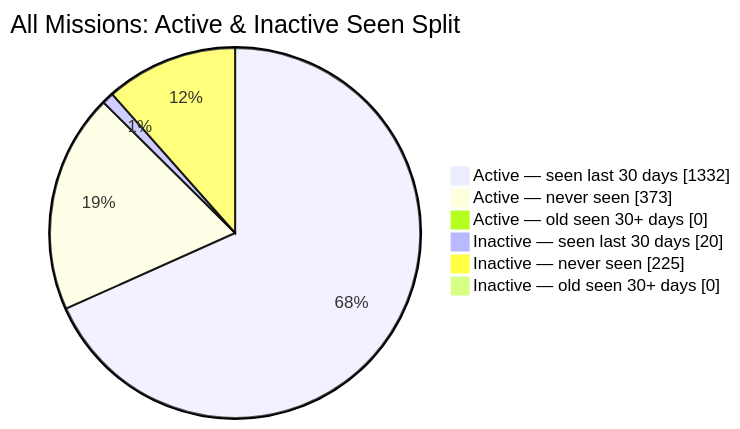
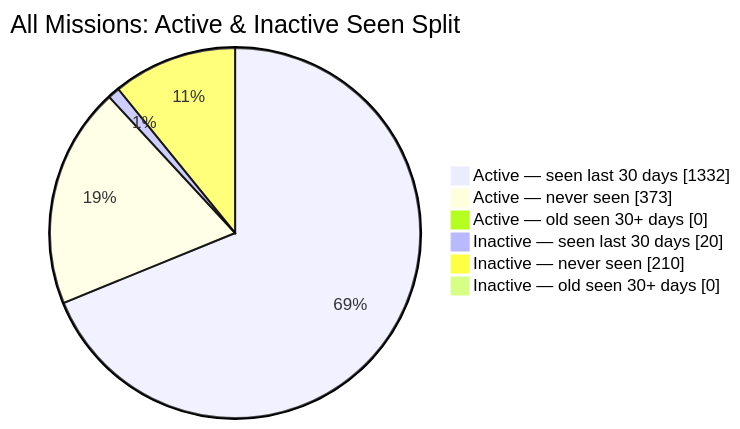
The second of 2 diagrams in README.md (MeldkamerspelGameTeam/active-missions), drawn with Mermaid before and after one commit. The commit also changed other lines of this file and 3 other files, not shown here.

````diff
--- a/README.md
+++ b/README.md
@@ -44,10 +44,10 @@
 ```mermaid
 pie showData
     title All Missions: Active & Inactive Seen Split
     "Active — seen last 30 days" : 1332
     "Active — never seen" : 373
     "Active — old seen 30+ days" : 0
     "Inactive — seen last 30 days" : 20
-    "Inactive — never seen" : 225
+    "Inactive — never seen" : 210
     "Inactive — old seen 30+ days" : 0
 ```
````
